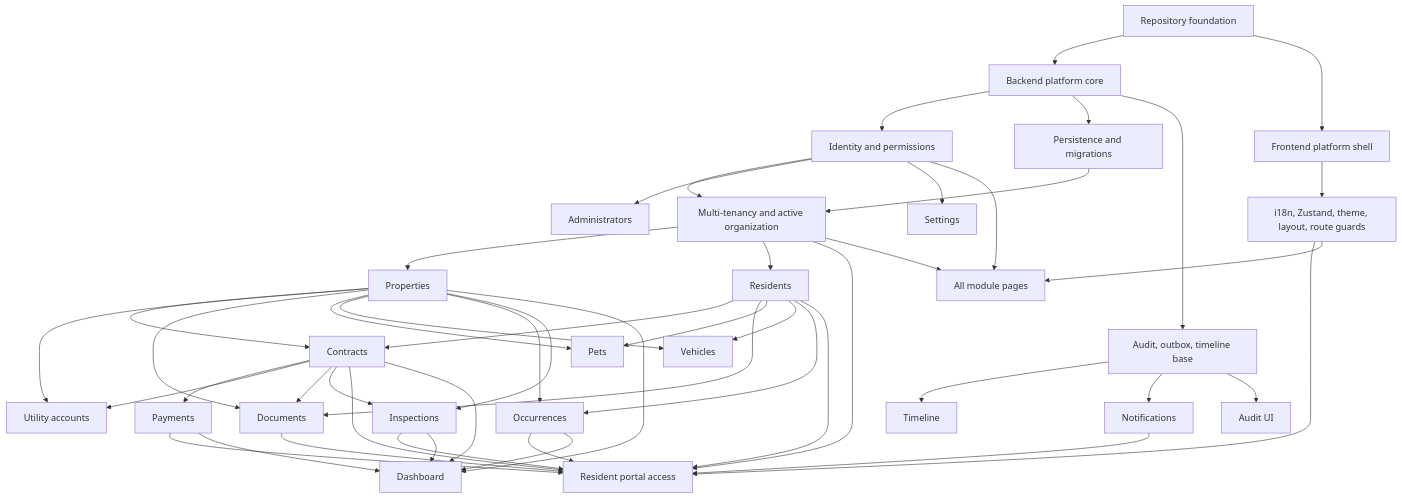
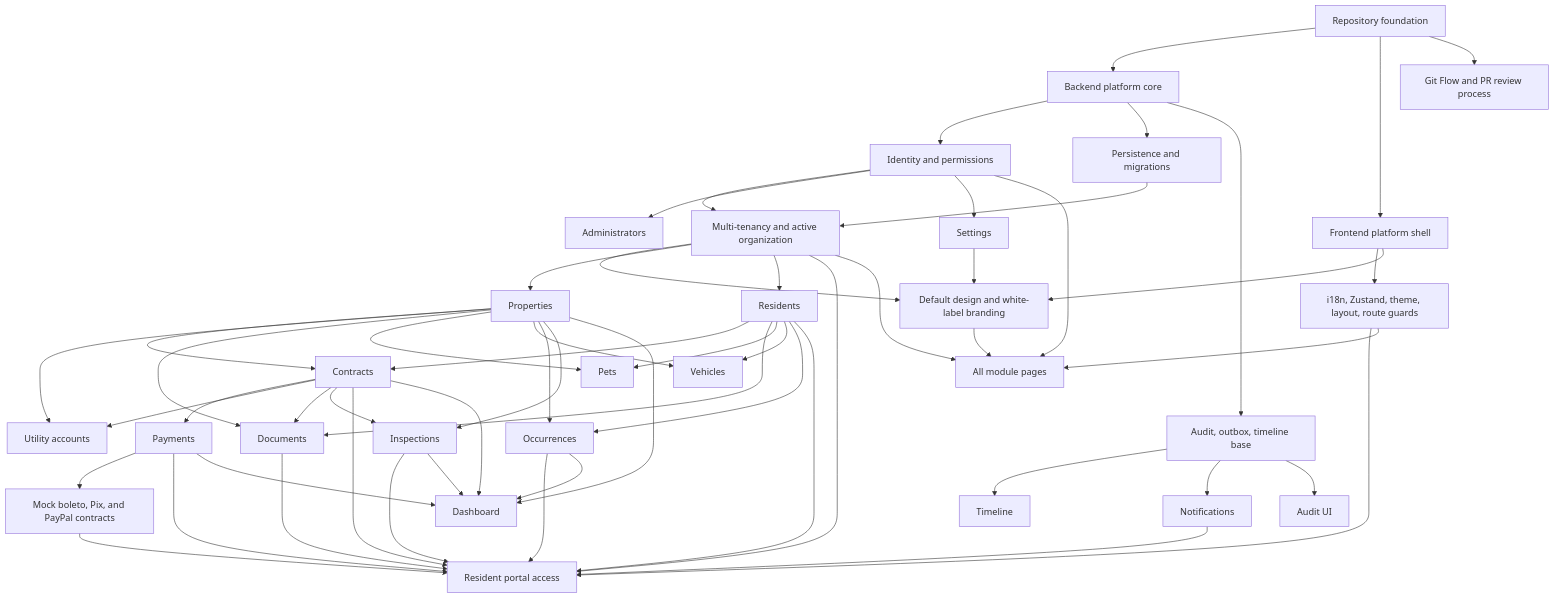
The diagram in openspec/changes/build-alsappan-property-management-platform/design.md (PauloDaniel1993/PropertiesManagement), drawn with Mermaid before and after one commit. The commit also changed other lines of this file and 6 other files, not shown here.

Commit message:
Update planning for git flow payments and branding

````diff
--- a/openspec/changes/build-alsappan-property-management-platform/design.md
+++ b/openspec/changes/build-alsappan-property-management-platform/design.md
@@ -407,51 +492,58 @@
 ```mermaid
 graph TD
   A["Repository foundation"] --> B["Backend platform core"]
   A --> C["Frontend platform shell"]
+  A --> AA["Git Flow and PR review process"]
   B --> D["Identity and permissions"]
   B --> E["Persistence and migrations"]
   B --> F["Audit, outbox, timeline base"]
   C --> G["i18n, Zustand, theme, layout, route guards"]
+  C --> AB["Default design and white-label branding"]
   D --> Y["Multi-tenancy and active organization"]
   E --> Y
   D --> H["Administrators"]
   D --> I["Settings"]
+  Y --> AB
+  I --> AB
   Y --> J["Properties"]
   Y --> K["Residents"]
   J --> L["Contracts"]
   K --> L
   L --> M["Payments"]
+  M --> AC["Mock boleto, Pix, and PayPal contracts"]
   J --> N["Utility accounts"]
   L --> N
   J --> O["Documents"]
   K --> O
   L --> O
   K --> P["Pets"]
   J --> P
   K --> Q["Vehicles"]
   J --> Q
   J --> R["Occurrences"]
   K --> R
   J --> S["Inspections"]
   L --> S
   F --> T["Timeline"]
   F --> U["Notifications"]
   F --> V["Audit UI"]
   Y --> Z["Resident portal access"]
   K --> Z
   L --> Z
   M --> Z
+  AC --> Z
   O --> Z
   R --> Z
   S --> Z
   U --> Z
   G --> Z
   J --> W["Dashboard"]
   L --> W
   M --> W
   R --> W
   S --> W
   G --> X["All module pages"]
+  AB --> X
   D --> X
   Y --> X
 ```
````
